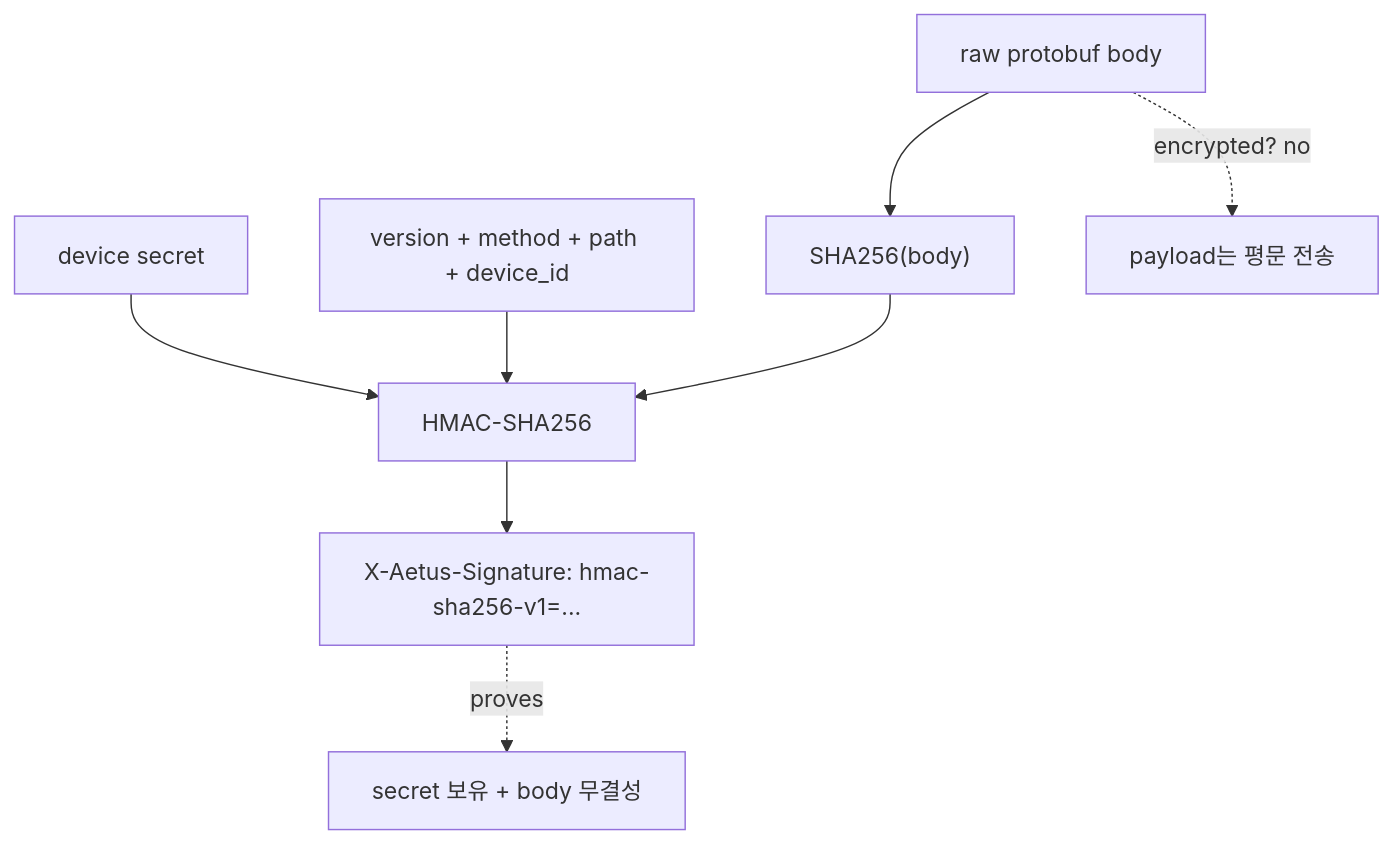
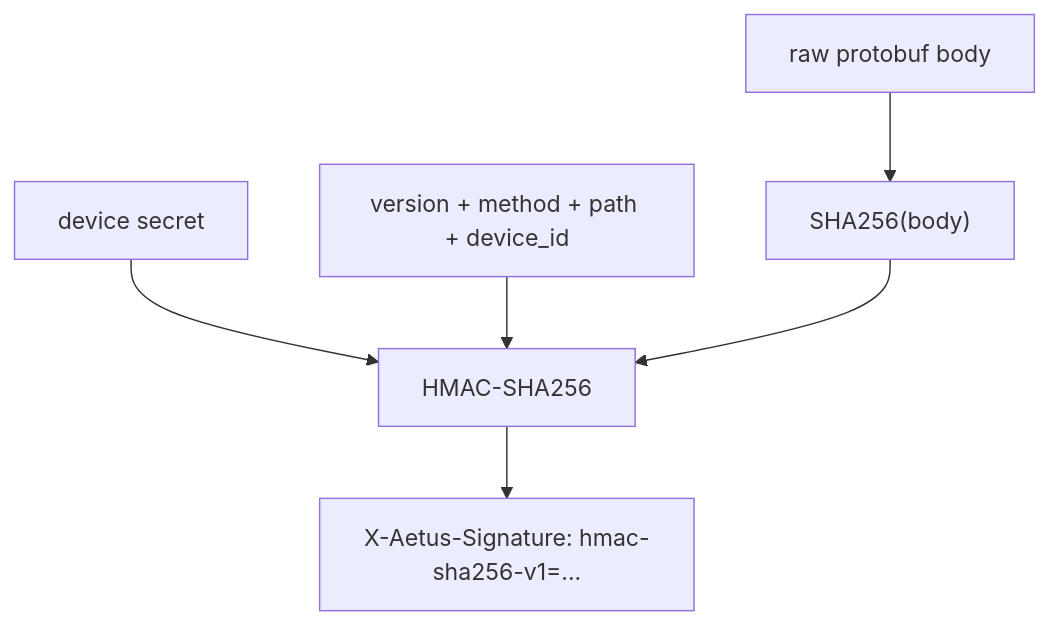
The second of 2 diagrams in docs/02-api.md (donghoonpark/aetus), drawn with Mermaid before and after one commit. The commit also changed other lines of this file, not shown here.

Commit message:
Clarify HMAC device secret generation

````diff
--- a/docs/02-api.md
+++ b/docs/02-api.md
@@ -156,11 +154,8 @@
 ```mermaid
 flowchart TD
     Body["raw protobuf body"] --> Hash["SHA256(body)"]
     Secret["device secret"] --> HMAC["HMAC-SHA256"]
     Prefix["version + method + path + device_id"] --> HMAC
     Hash --> HMAC
     HMAC --> SigHeader["X-Aetus-Signature: hmac-sha256-v1=..."]
-
-    Body -. "encrypted? no" .-> Plain["payload는 평문 전송"]
-    SigHeader -. "proves" .-> Proof["secret 보유 + body 무결성"]
 ```
````
